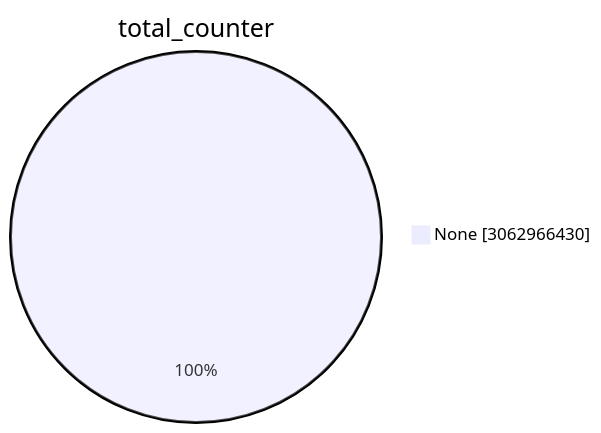
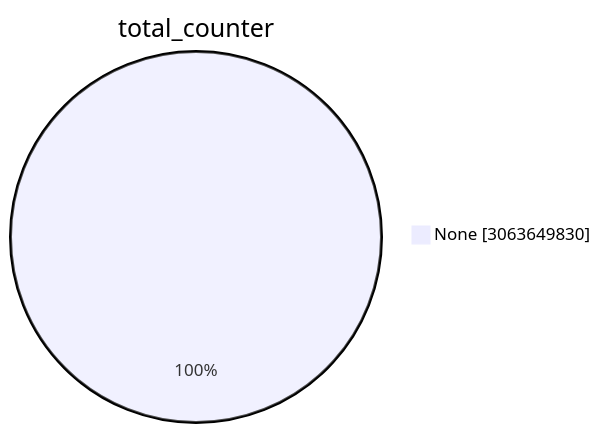
The first of 15 diagrams in TOTAL/README.md (christiankrug/ctmonitor_visualization), drawn with Mermaid before and after one commit. The commit also changed other lines of this file, not shown here.

````diff
--- a/TOTAL/README.md
+++ b/TOTAL/README.md
@@ -1,5 +1,5 @@
 ```mermaid
 pie showData
 title total_counter
-"None" :3062966430
+"None" :3063649830
 ```
````
